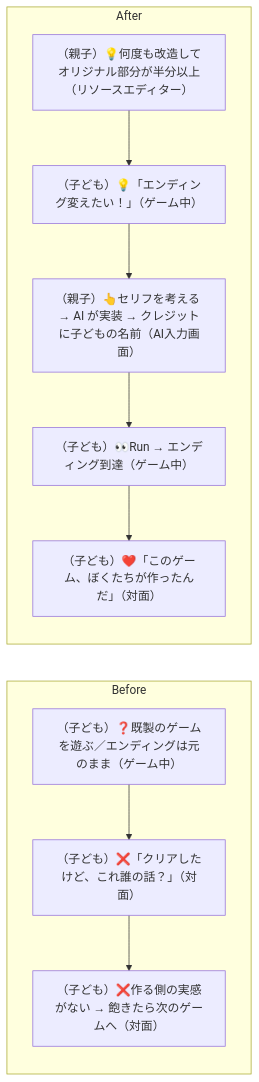
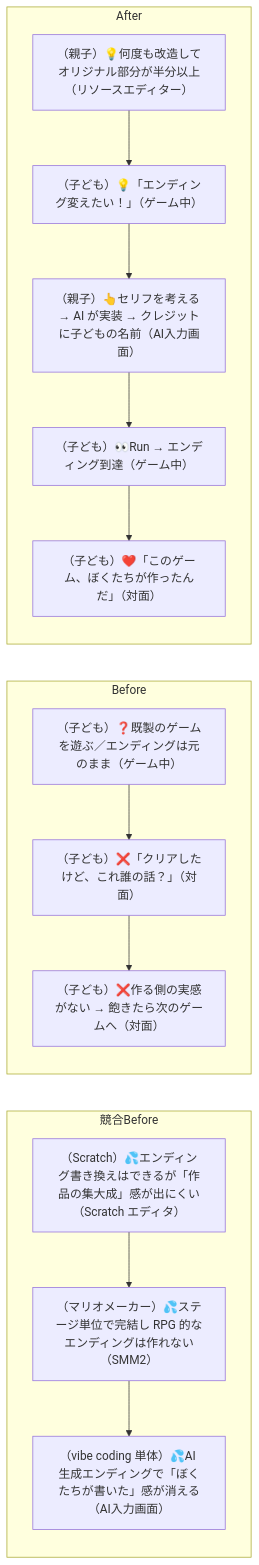
One commit to tatsuro-ueda/code-quest-pyxel changed diagram 28 of 42 in docs/customer-journeys.md. Above: the diagram before and after it, drawn with Mermaid. The commit also changed other lines of this file, not shown here.

````diff
--- a/docs/customer-journeys.md
+++ b/docs/customer-journeys.md
@@ -868,15 +889,20 @@
 ```mermaid
 flowchart LR
+    subgraph Competitor["競合Before"]
+        C1[（Scratch）💦エンディング書き換えはできるが「作品の集大成」感が出にくい（Scratch エディタ）]
+        C1 --> C2[（マリオメーカー）💦ステージ単位で完結し RPG 的なエンディングは作れない（SMM2）]
+        C2 --> C3[（vibe coding 単体）💦AI 生成エンディングで「ぼくたちが書いた」感が消える（AI入力画面）]
+    end
     subgraph Before["Before"]
         B1[（子ども）❓既製のゲームを遊ぶ／エンディングは元のまま（ゲーム中）]
         B1 --> B2[（子ども）❌「クリアしたけど、これ誰の話？」（対面）]
         B2 --> B3[（子ども）❌作る側の実感がない → 飽きたら次のゲームへ（対面）]
     end
     subgraph After["After"]
         A1[（親子）💡何度も改造してオリジナル部分が半分以上（リソースエディター）]
         A1 --> A2[（子ども）💡「エンディング変えたい！」（ゲーム中）]
         A2 --> A3[（親子）👆セリフを考える → AI が実装 → クレジットに子どもの名前（AI入力画面）]
         A3 --> A4[（子ども）👀Run → エンディング到達（ゲーム中）]
         A4 --> A5[（子ども）❤️「このゲーム、ぼくたちが作ったんだ」（対面）]
     end
 ```
````
